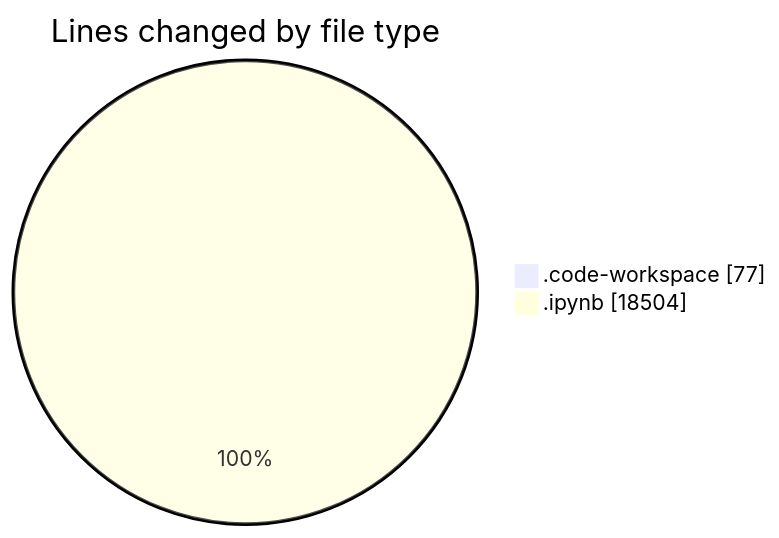
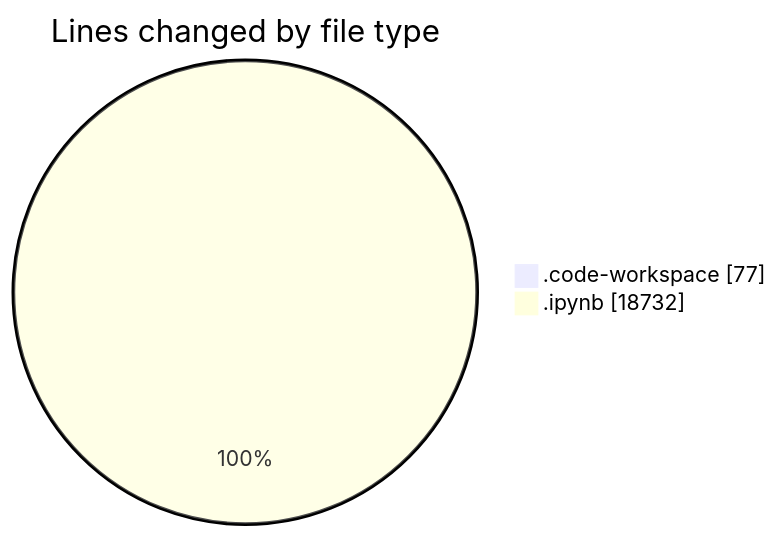
Before and after one commit to MatusMokan/code-tracking: the first of 2 diagrams in 2025-03-14/myws__workspace_/README.md, drawn with Mermaid. The commit also changed other lines of this file and 1 other file, not shown here.

````diff
--- a/2025-03-14/myws__workspace_/README.md
+++ b/2025-03-14/myws__workspace_/README.md
@@ -22,6 +22,6 @@
 ```mermaid
 pie showData
 title Lines changed by file type
 ".code-workspace" : 77
-".ipynb" : 18504
+".ipynb" : 18732
 ```
````
